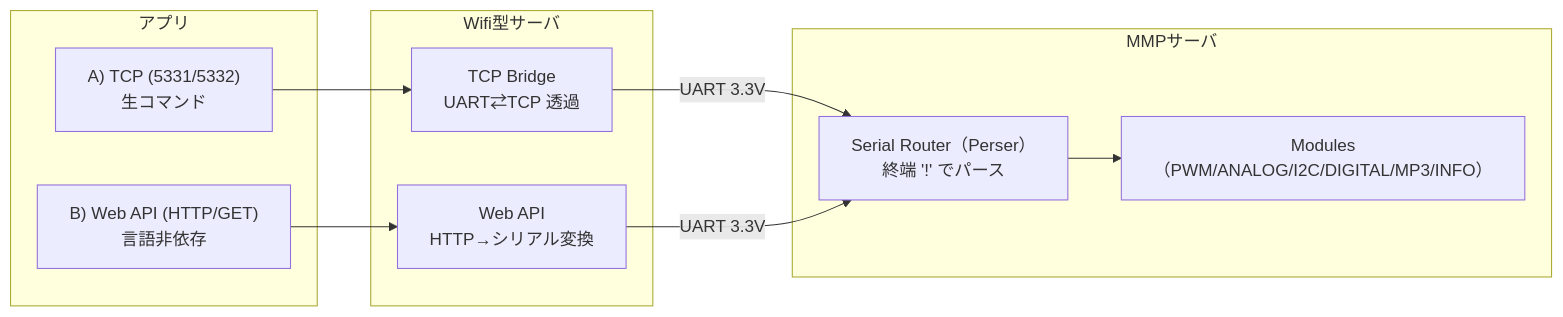
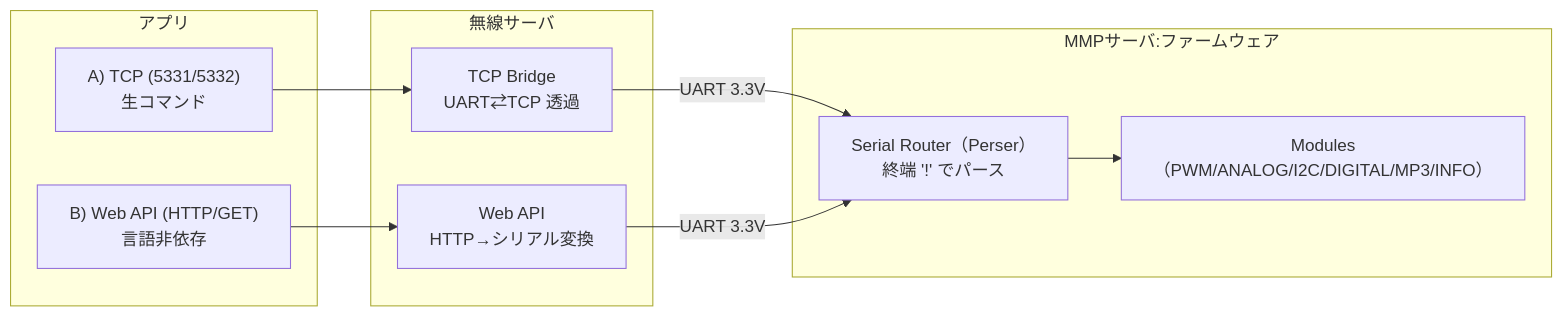
One commit to kureha001/MMP changed the diagram in ファームウェア/ファームウェア/README.md. Above: the diagram before and after it, drawn with Mermaid. The commit also changed other lines of this file, not shown here.

Commit message:
微修正

````diff
--- a/ファームウェア/ファームウェア/README.md
+++ b/ファームウェア/ファームウェア/README.md
@@ -22,28 +22,28 @@
 ```mermaid
 flowchart LR
   subgraph Client["アプリ"]
     A1["A) TCP (5331/5332)
 生コマンド"] 
     A2["B) Web API (HTTP/GET)
 言語非依存"]
   end
 
-  subgraph Bridge["Wifi型サーバ"]
+  subgraph Bridge["無線サーバ"]
     B1["TCP Bridge
 UART⇄TCP 透過"]
     B2["Web API
 HTTP→シリアル変換"]
   end
 
-  subgraph Firmware["MMPサーバ"]
+  subgraph Firmware["MMPサーバ:ファームウェア"]
     R["Serial Router（Perser）
 終端 '!' でパース"]
     M["Modules（PWM/ANALOG/I2C/DIGITAL/MP3/INFO）"]
   end
 
   A1 --> B1
   A2 --> B2
   B1 -->|UART 3.3V| R
   B2 -->|UART 3.3V| R
   R --> M
 ```
````
